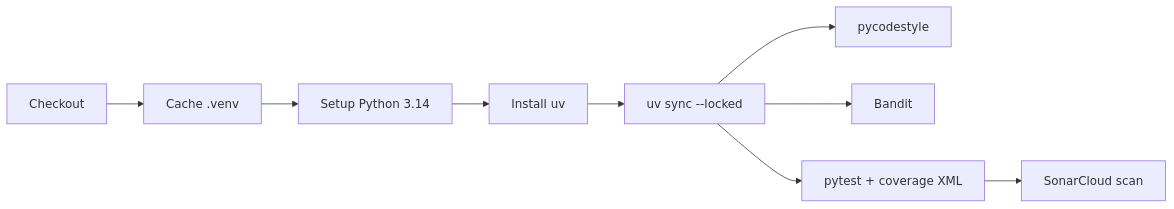
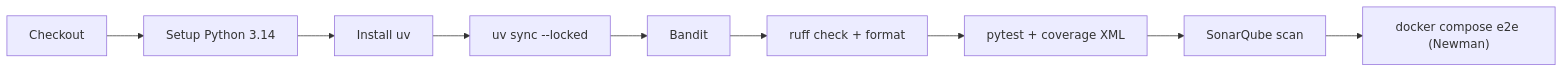
One commit to mobal/personal-backend-service changed the third of 3 diagrams in README.md. Above: the diagram before and after it, drawn with Mermaid. The commit also changed other lines of this file, not shown here.

First line of the commit message:
docs(readme): document the generated OpenAPI schema

````diff
--- a/README.md
+++ b/README.md
@@ -215,11 +259,11 @@
 ```mermaid
 flowchart LR
-    A["Checkout"] --> B["Cache .venv"]
-    B --> C["Setup Python 3.14"]
-    C --> D["Install uv"]
-    D --> E["uv sync --locked"]
-    E --> F["pycodestyle"]
-    E --> G["Bandit"]
-    E --> H["pytest + coverage XML"]
-    H --> I["SonarCloud scan"]
+    A["Checkout"] --> B["Setup Python 3.14"]
+    B --> C["Install uv"]
+    C --> D["uv sync --locked"]
+    D --> E["Bandit"]
+    E --> F["ruff check + format"]
+    F --> G["pytest + coverage XML"]
+    G --> H["SonarQube scan"]
+    H --> I["docker compose e2e (Newman)"]
 ```
````
